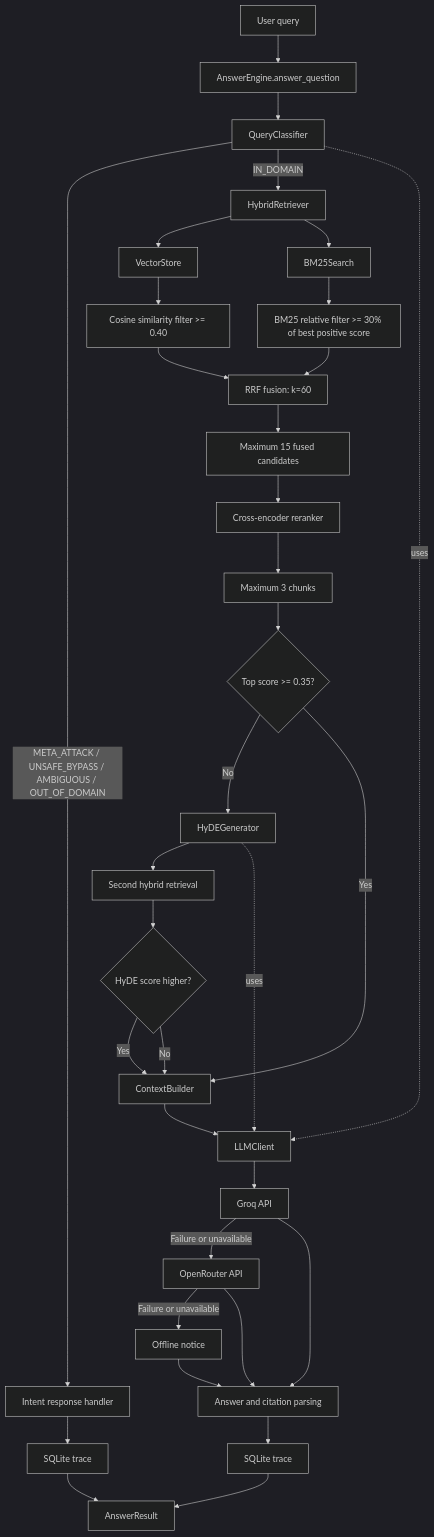
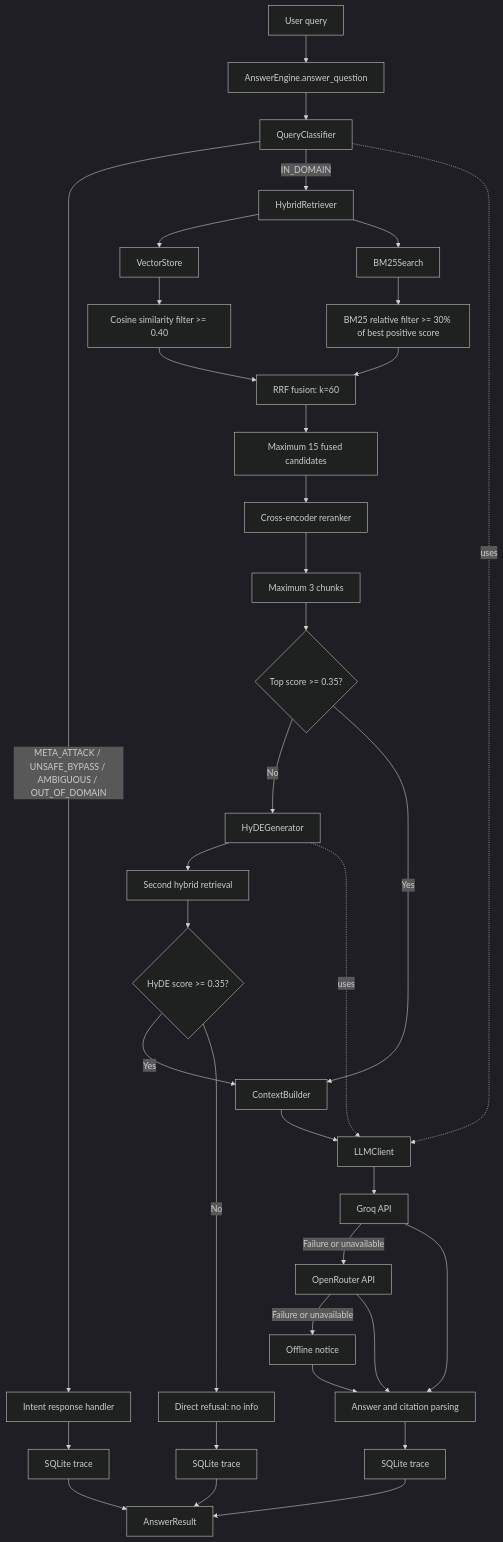
One commit to kishoretocs/Command-Line-RAG-AI-Assistant changed the second of 2 diagrams in README.md. Above: the diagram before and after it, drawn with Mermaid (dark theme). The commit also changed other lines of this file, not shown here.

Commit message:
readme fix

````diff
--- a/README.md
+++ b/README.md
@@ -50,41 +50,43 @@
 ```mermaid
 flowchart TD
 		USER[User query] --> ENGINE[AnswerEngine.answer_question]
 		ENGINE --> CLASSIFIER[QueryClassifier]
 
 		CLASSIFIER -->|META_ATTACK / UNSAFE_BYPASS / AMBIGUOUS / OUT_OF_DOMAIN| ROUTE[Intent response handler]
 		ROUTE --> TRACE1[SQLite trace]
 		TRACE1 --> RESPONSE[AnswerResult]
 
 		CLASSIFIER -->|IN_DOMAIN| HYBRID[HybridRetriever]
 		HYBRID --> VECTOR[VectorStore]
 		HYBRID --> SPARSE[BM25Search]
 
 		VECTOR --> VFILTER[Cosine similarity filter >= 0.40]
 		SPARSE --> SFILTER[BM25 relative filter >= 30% of best positive score]
 		VFILTER --> RRF[RRF fusion: k=60]
 		SFILTER --> RRF
 		RRF --> CANDIDATES[Maximum 15 fused candidates]
 		CANDIDATES --> RERANK[Cross-encoder reranker]
 		RERANK --> TOP3[Maximum 3 chunks]
 
 		TOP3 --> CONFIDENCE{Top score >= 0.35?}
 		CONFIDENCE -->|No| HYDE[HyDEGenerator]
 		HYDE --> HYBRID2[Second hybrid retrieval]
-		HYBRID2 --> COMPARE{HyDE score higher?}
+		HYBRID2 --> COMPARE{HyDE score >= 0.35?}
 		COMPARE -->|Yes| CONTEXT[ContextBuilder]
-		COMPARE -->|No| CONTEXT
+		COMPARE -->|No| REFUSE[Direct refusal: no info]
 		CONFIDENCE -->|Yes| CONTEXT
 
 		CONTEXT --> LLM[LLMClient]
 		LLM --> GROQ[Groq API]
 		GROQ -->|Failure or unavailable| OPENROUTER[OpenRouter API]
 		OPENROUTER -->|Failure or unavailable| OFFLINE[Offline notice]
 		CLASSIFIER -. uses .-> LLM
 		HYDE -. uses .-> LLM
 		GROQ --> PARSE[Answer and citation parsing]
 		OPENROUTER --> PARSE
 		OFFLINE --> PARSE
 		PARSE --> TRACE2[SQLite trace]
+		REFUSE --> TRACE3[SQLite trace]
 		TRACE2 --> RESPONSE
+		TRACE3 --> RESPONSE
 ```
````
